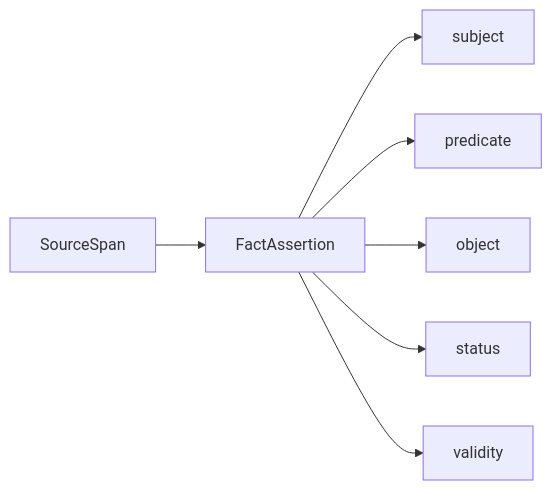
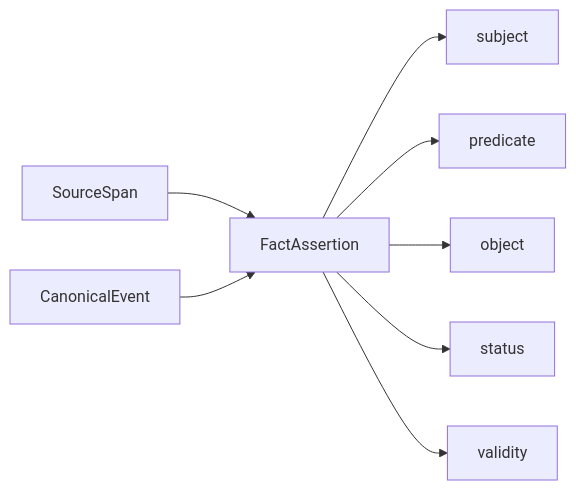
Before and after one commit to FrankQDWang/sextantlabs: the second of 3 diagrams in goals/06-entities-events-facts.md, drawn with Mermaid. The commit also changed other lines of this file and 16 other files, not shown here.

````diff
--- a/goals/06-entities-events-facts.md
+++ b/goals/06-entities-events-facts.md
@@ -72,9 +74,10 @@
 ```mermaid
 flowchart LR
     A[SourceSpan] --> B[FactAssertion]
-    B --> C[subject]
-    B --> D[predicate]
-    B --> E[object]
-    B --> F[status]
-    B --> G[validity]
+    C[CanonicalEvent] --> B
+    B --> D[subject]
+    B --> E[predicate]
+    B --> F[object]
+    B --> G[status]
+    B --> H[validity]
 ```
````
